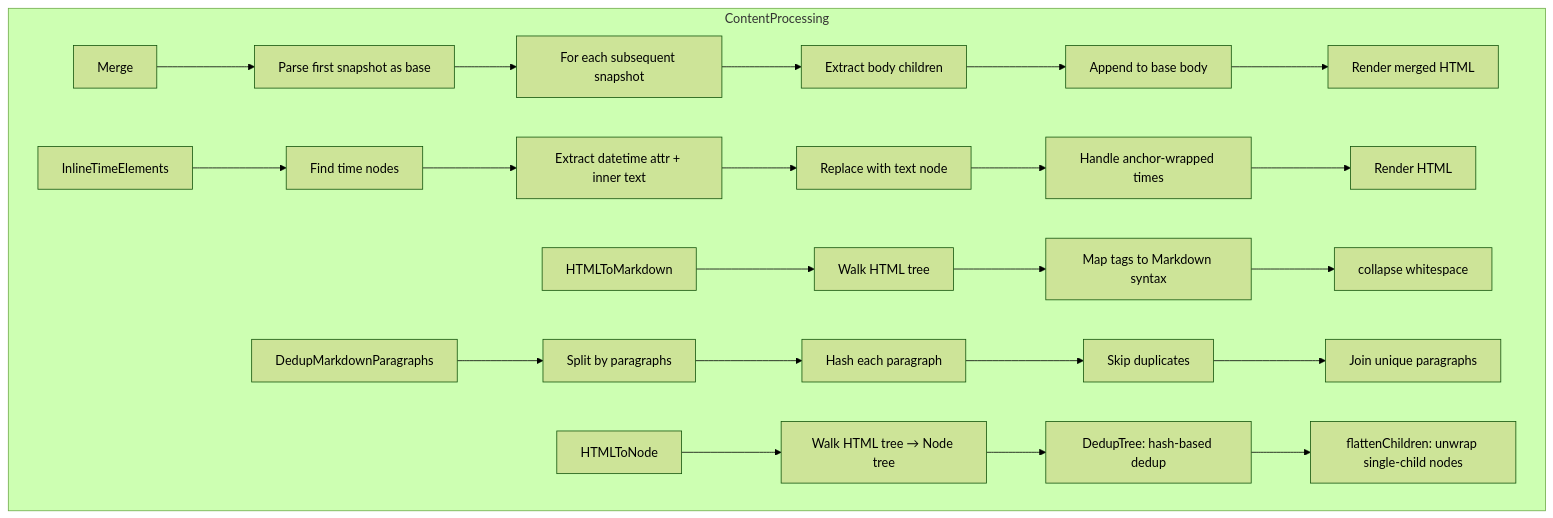
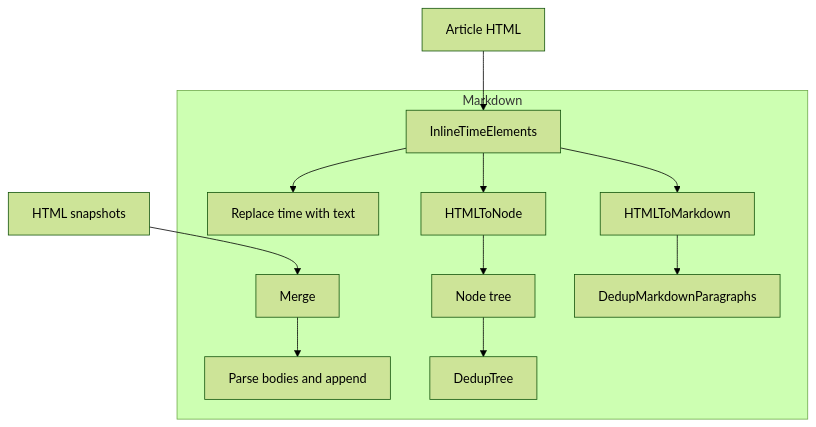
Before and after one commit to pardnchiu/go-browser: the fifth of 7 diagrams in doc/architecture.md, drawn with Mermaid (forest theme). The commit also changed other lines of this file and 5 other files, not shown here.

````diff
--- a/doc/architecture.md
+++ b/doc/architecture.md
@@ -137,25 +106,14 @@
 ```mermaid
 graph TB
-    subgraph ContentProcessing
-        A[Merge] --> B[Parse first snapshot as base]
-        B --> C[For each subsequent snapshot]
-        C --> D[Extract body children]
-        D --> E[Append to base body]
-        E --> F[Render merged HTML]
-        G[InlineTimeElements] --> H[Find time nodes]
-        H --> I[Extract datetime attr + inner text]
-        I --> J[Replace with text node]
-        J --> K[Handle anchor-wrapped times]
-        K --> L[Render HTML]
-        M[HTMLToMarkdown] --> N[Walk HTML tree]
-        N --> O[Map tags to Markdown syntax]
-        O --> P[collapse whitespace]
-        Q[DedupMarkdownParagraphs] --> R[Split by paragraphs]
-        R --> S[Hash each paragraph]
-        S --> T[Skip duplicates]
-        T --> U[Join unique paragraphs]
-        V[HTMLToNode] --> W[Walk HTML tree → Node tree]
-        W --> X[DedupTree: hash-based dedup]
-        X --> Y[flattenChildren: unwrap single-child nodes]
+    subgraph Markdown
+        A[Merge] --> B[Parse bodies and append]
+        C[InlineTimeElements] --> D[Replace time with text]
+        E[HTMLToNode] --> F[Node tree]
+        F --> G[DedupTree]
+        H[HTMLToMarkdown] --> I[DedupMarkdownParagraphs]
     end
+    Snapshots[HTML snapshots] --> A
+    ArticleHTML[Article HTML] --> C
+    C --> E
+    C --> H
 ```
````
